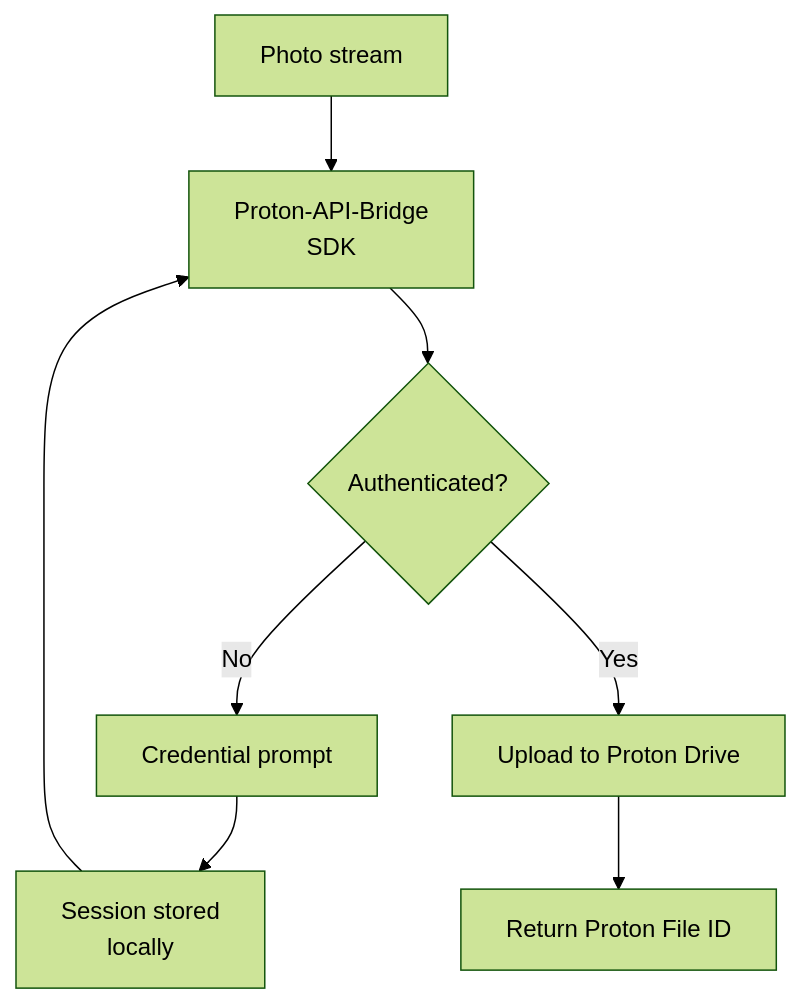
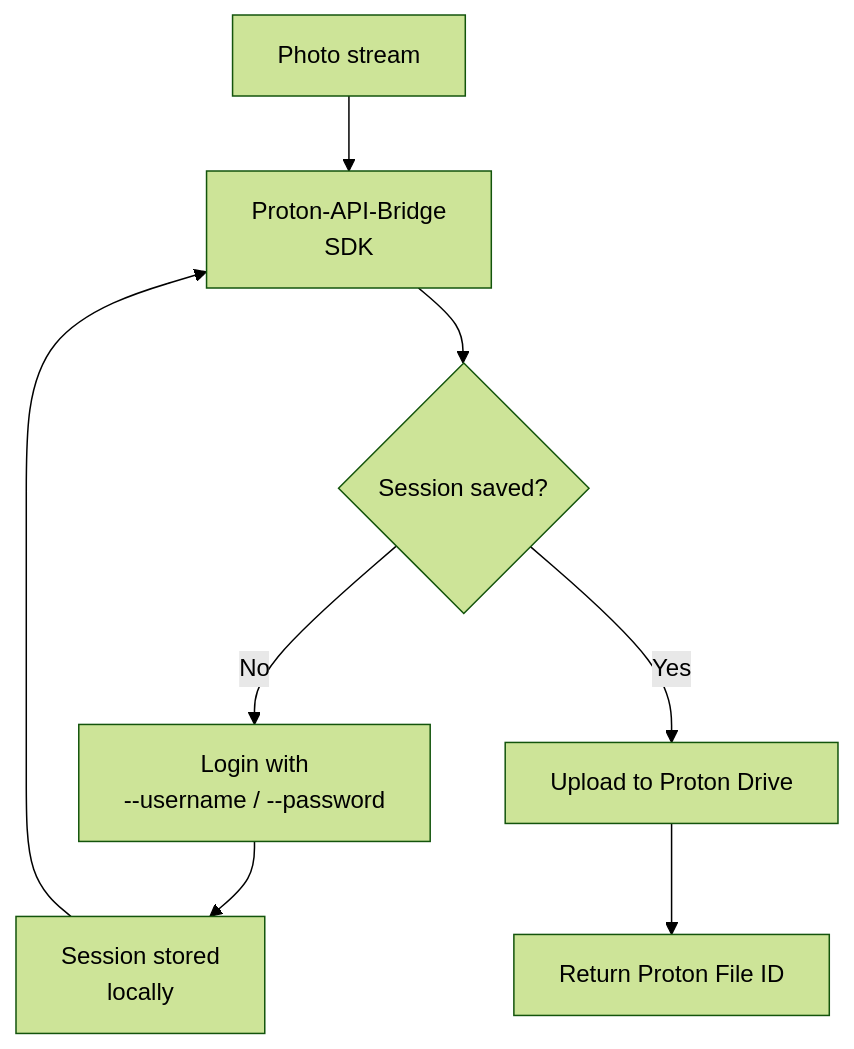
One commit to mmornati/gphoto2proton changed the third of 3 diagrams in docs/how-it-works.md. Above: the diagram before and after it, drawn with Mermaid (forest theme). The commit also changed other lines of this file and 11 other files, not shown here.

````diff
--- a/docs/how-it-works.md
+++ b/docs/how-it-works.md
@@ -73,10 +86,10 @@
 ```mermaid
 graph TD
     A[Photo stream] --> B[Proton-API-Bridge<br/>SDK]
-    B --> C{Authenticated?}
-    C -->|No| D[Credential prompt]
+    B --> C{Session saved?}
+    C -->|No| D[Login with<br/>--username / --password]
     D --> E[Session stored<br/>locally]
     E --> B
     C -->|Yes| F[Upload to Proton Drive]
     F --> G[Return Proton File ID]
 ```
````
